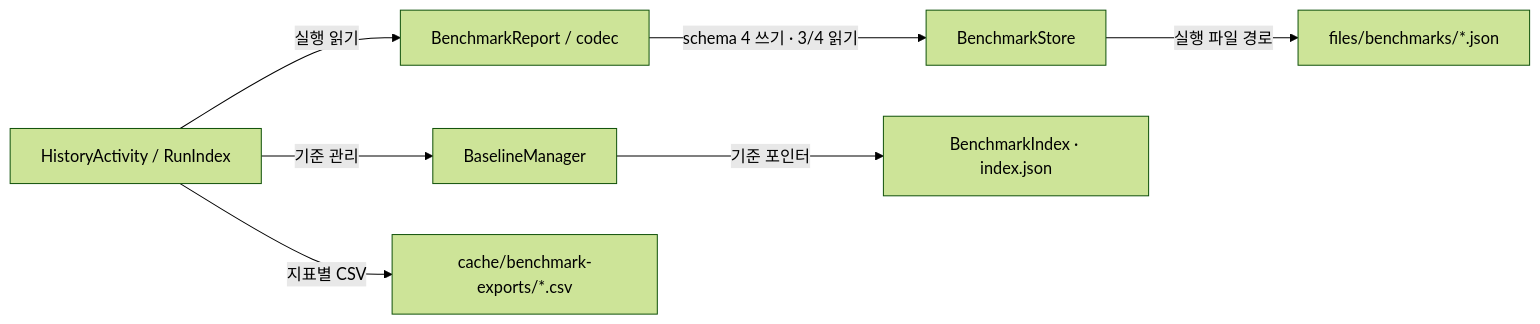
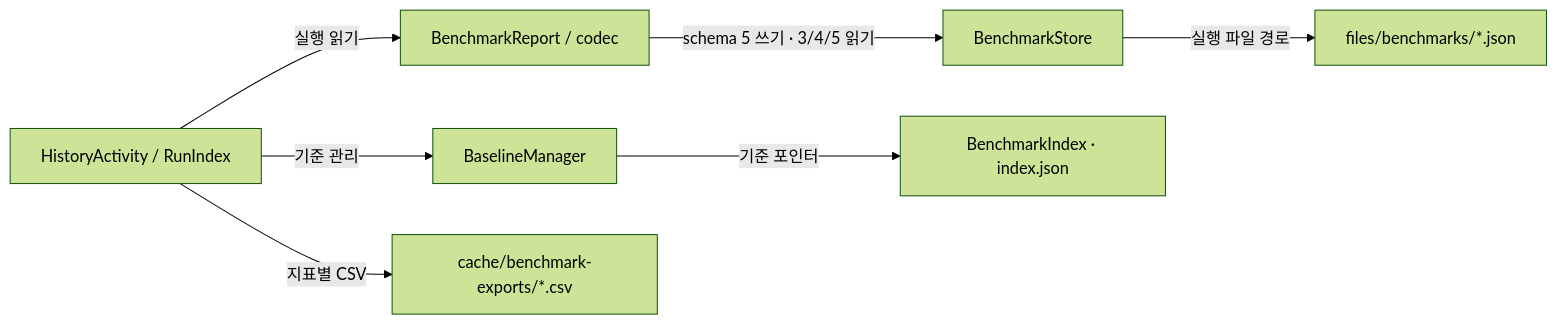
Before and after one commit to TTolsun/hal-camera: the diagram in .omm/overall-architecture/persistence/diagram.mmd, drawn with Mermaid (forest theme). The commit also changed 38 other files, not shown here.

```diff
--- a/.omm/overall-architecture/persistence/diagram.mmd
+++ b/.omm/overall-architecture/persistence/diagram.mmd
@@ -1,7 +1,7 @@
 graph LR
-    report["BenchmarkReport / codec"] -->|"schema 4 쓰기 · 3/4 읽기"| store["BenchmarkStore"]
+    report["BenchmarkReport / codec"] -->|"schema 5 쓰기 · 3/4/5 읽기"| store["BenchmarkStore"]
     store -->|"실행 파일 경로"| files["files/benchmarks/*.json"]
     baseline["BaselineManager"] -->|"기준 포인터"| index["BenchmarkIndex · index.json"]
     history["HistoryActivity / RunIndex"] -->|"실행 읽기"| report
     history -->|"기준 관리"| baseline
     history -->|"지표별 CSV"| csv["cache/benchmark-exports/*.csv"]
```
